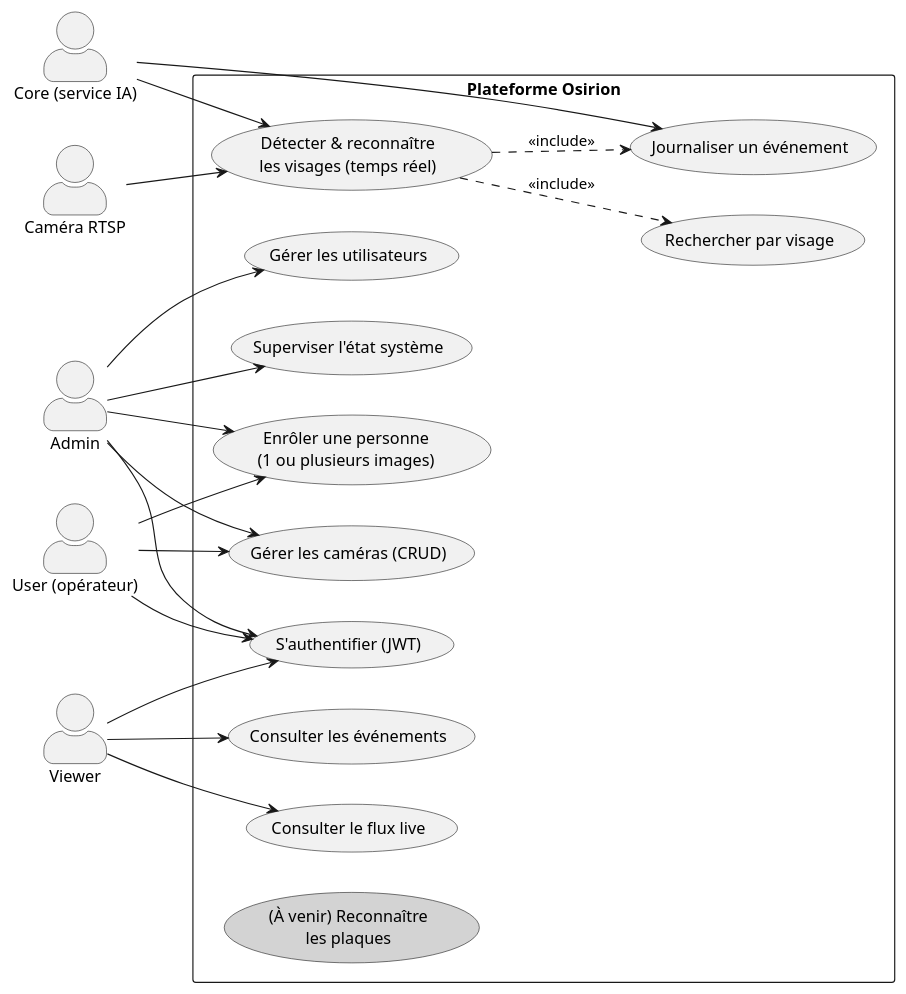
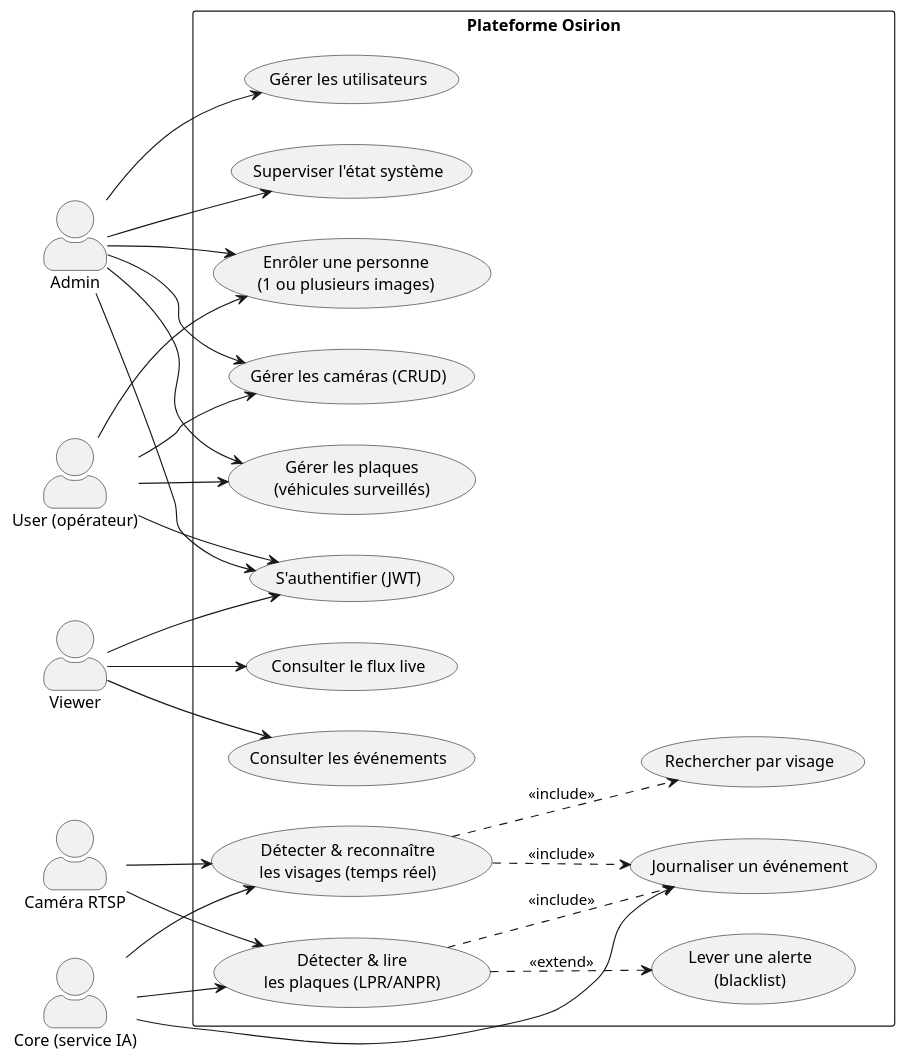
Before and after one commit to Osirion-IA/Osirion-Docker: the first of 6 diagrams in ANALYSE_TECHNIQUE_OSIRION.md, drawn with PlantUML. The commit also changed other lines of this file, not shown here.

First line of the commit message:
docs: finalize technical analysis with implemented LPR/ANPR module

````diff
--- a/ANALYSE_TECHNIQUE_OSIRION.md
+++ b/ANALYSE_TECHNIQUE_OSIRION.md
@@ -415,44 +525,53 @@
 ```plantuml
 @startuml
 left to right direction
 skinparam actorStyle awesome
 
 actor "Admin" as admin
 actor "User (opérateur)" as user
 actor "Viewer" as viewer
 actor "Caméra RTSP" as cam
 actor "Core (service IA)" as core
 
 rectangle "Plateforme Osirion" {
   usecase "S'authentifier (JWT)" as UC_auth
   usecase "Gérer les utilisateurs" as UC_users
   usecase "Gérer les caméras (CRUD)" as UC_cam
   usecase "Enrôler une personne\n(1 ou plusieurs images)" as UC_enroll
   usecase "Rechercher par visage" as UC_search
   usecase "Consulter le flux live" as UC_live
   usecase "Consulter les événements" as UC_events
   usecase "Superviser l'état système" as UC_sys
   usecase "Détecter & reconnaître\nles visages (temps réel)" as UC_reco
+  usecase "Détecter & lire\nles plaques (LPR/ANPR)" as UC_plate
+  usecase "Gérer les plaques\n(véhicules surveillés)" as UC_plates_mgmt
   usecase "Journaliser un événement" as UC_logevent
-  usecase "(À venir) Reconnaître\nles plaques" as UC_plate #LightGray
+  usecase "Lever une alerte\n(blacklist)" as UC_alert
 }
 
 admin --> UC_auth
 user --> UC_auth
 viewer --> UC_auth
 admin --> UC_users
 admin --> UC_cam
 user --> UC_cam
 admin --> UC_enroll
 user --> UC_enroll
 viewer --> UC_live
 viewer --> UC_events
 admin --> UC_sys
 
 cam --> UC_reco
 core --> UC_reco
 UC_reco ..> UC_search : <<include>>
 UC_reco ..> UC_logevent : <<include>>
 core --> UC_logevent
+
+admin --> UC_plates_mgmt
+user --> UC_plates_mgmt
+cam --> UC_plate
+core --> UC_plate
+UC_plate ..> UC_logevent : <<include>>
+UC_plate ..> UC_alert : <<extend>>
 @enduml
 ```
````
